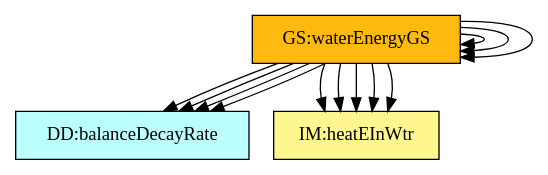
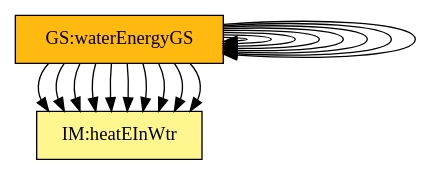
One commit to JacquesCarette/Drasil changed the diagram in code/stable/swhsnopcm/TraceyGraph/allvsr.dot. Above: the diagram before and after it, drawn with Graphviz. The commit also changed 88 other files, not shown here.

Commit message:
Stabilizing to figure out where things are going awry

```diff
--- a/code/stable/swhsnopcm/TraceyGraph/allvsr.dot
+++ b/code/stable/swhsnopcm/TraceyGraph/allvsr.dot
@@ -1,96 +1,79 @@
 digraph allvsr {
-	instance:findMass -> dataDefn:wMass;
-	instance:findMass -> dataDefn:wVol;
-	instance:findMass -> dataDefn:tankVol;
 	instance:findMass -> theory:eBalanceOnWtrRC;
 	instance:findMass -> instance:inputValues;
-	instance:outputInputDerivVals -> dataDefn:tauW;
+	instance:outputInputDerivVals -> instance:findMass;
+	instance:outputInputDerivVals -> instance:inputValues;
+	instance:outputInputDerivVals -> instance:findMass;
+	instance:calcValues -> theory:eBalanceOnWtrRC;
+	instance:calcValues -> theory:heatEInWtrIM;
+	instance:outputValues -> theory:eBalanceOnWtrRC;
+	instance:outputValues -> theory:heatEInWtrIM;
+	instance:findMass -> theory:eBalanceOnWtrRC;
+	instance:findMass -> instance:inputValues;
+	instance:outputInputDerivVals -> instance:findMass;
 	instance:outputInputDerivVals -> instance:inputValues;
 	instance:outputInputDerivVals -> instance:findMass;
 	instance:calcValues -> theory:eBalanceOnWtrRC;
 	instance:calcValues -> theory:heatEInWtrIM;
 	instance:outputValues -> theory:eBalanceOnWtrRC;
 	instance:outputValues -> theory:heatEInWtrIM;
 
 
 	instance:assumpTEO	[shape=box, color=black, style=filled, fillcolor=mistyrose, label="A:assumpTEO"];
 	instance:assumpHTCC	[shape=box, color=black, style=filled, fillcolor=mistyrose, label="A:assumpHTCC"];
 	instance:assumpCWTAT	[shape=box, color=black, style=filled, fillcolor=mistyrose, label="A:assumpCWTAT"];
 	instance:assumpDWCoW	[shape=box, color=black, style=filled, fillcolor=mistyrose, label="A:assumpDWCoW"];
 	instance:assumpSHECoW	[shape=box, color=black, style=filled, fillcolor=mistyrose, label="A:assumpSHECoW"];
 	instance:assumpLCCCW	[shape=box, color=black, style=filled, fillcolor=mistyrose, label="A:assumpLCCCW"];
 	instance:assumpTHCCoT	[shape=box, color=black, style=filled, fillcolor=mistyrose, label="A:assumpTHCCoT"];
 	instance:assumpTHCCoL	[shape=box, color=black, style=filled, fillcolor=mistyrose, label="A:assumpTHCCoL"];
 	instance:assumpCTNTD	[shape=box, color=black, style=filled, fillcolor=mistyrose, label="A:assumpCTNTD"];
 	instance:assumpWAL	[shape=box, color=black, style=filled, fillcolor=mistyrose, label="A:assumpWAL"];
 	instance:assumpPIT	[shape=box, color=black, style=filled, fillcolor=mistyrose, label="A:assumpPIT"];
 	instance:assumpNIHGBW	[shape=box, color=black, style=filled, fillcolor=mistyrose, label="A:assumpNIHGBW"];
 	instance:assumpAPT	[shape=box, color=black, style=filled, fillcolor=mistyrose, label="A:assumpAPT"];
 	instance:assumpVCN	[shape=box, color=black, style=filled, fillcolor=mistyrose, label="A:assumpVCN"];
 
 	subgraph A {
 	rank="same"
 	{instance:assumpTEO, instance:assumpHTCC, instance:assumpCWTAT, instance:assumpDWCoW, instance:assumpSHECoW, instance:assumpLCCCW, instance:assumpTHCCoT, instance:assumpTHCCoL, instance:assumpCTNTD, instance:assumpWAL, instance:assumpPIT, instance:assumpNIHGBW, instance:assumpAPT, instance:assumpVCN}
 	}
 
-	dataDefn:wMass	[shape=box, color=black, style=filled, fillcolor=paleturquoise1, label="DD:waterMass"];
-	dataDefn:wVol	[shape=box, color=black, style=filled, fillcolor=paleturquoise1, label="DD:waterVolume.nopcm"];
-	dataDefn:tankVol	[shape=box, color=black, style=filled, fillcolor=paleturquoise1, label="DD:tankVolume"];
-	dataDefn:tauW	[shape=box, color=black, style=filled, fillcolor=paleturquoise1, label="DD:balanceDecayRate"];
-
-	subgraph DD {
-	rank="same"
-	{dataDefn:wMass, dataDefn:wVol, dataDefn:tankVol, dataDefn:tauW}
-	}
-
 	theory:consThermECS	[shape=box, color=black, style=filled, fillcolor=pink, label="TM:consThermE"];
 	theory:sensHeat	[shape=box, color=black, style=filled, fillcolor=pink, label="TM:sensHtE"];
 	theory:nwtnCoolingTM	[shape=box, color=black, style=filled, fillcolor=pink, label="TM:nwtnCooling"];
-
-	subgraph TM {
-	rank="same"
-	{theory:consThermECS, theory:sensHeat, theory:nwtnCoolingTM}
-	}
-
 	theory:rocTempSimpRC	[shape=box, color=black, style=filled, fillcolor=palegreen, label="GD:rocTempSimp"];
 	theory:htFluxC	[shape=box, color=black, style=filled, fillcolor=palegreen, label="GD:htFluxWaterFromCoil"];
-
-	subgraph GD {
-	rank="same"
-	{theory:rocTempSimpRC, theory:htFluxC}
-	}
-
 	theory:eBalanceOnWtrRC	[shape=box, color=black, style=filled, fillcolor=khaki1, label="IM:eBalanceOnWtr"];
 	theory:heatEInWtrIM	[shape=box, color=black, style=filled, fillcolor=khaki1, label="IM:heatEInWtr"];
-
-	subgraph IM {
-	rank="same"
-	{theory:eBalanceOnWtrRC, theory:heatEInWtrIM}
-	}
-
-	instance:inputValues	[shape=box, color=black, style=filled, fillcolor=ivory, label="FR:inputValues"];
 	instance:findMass	[shape=box, color=black, style=filled, fillcolor=ivory, label="FR:findMass"];
 	instance:checkWithPhysConsts	[shape=box, color=black, style=filled, fillcolor=ivory, label="FR:checkWithPhysConsts"];
 	instance:outputInputDerivVals	[shape=box, color=black, style=filled, fillcolor=ivory, label="FR:outputInputDerivVals"];
 	instance:calcValues	[shape=box, color=black, style=filled, fillcolor=ivory, label="FR:calcValues"];
 	instance:outputValues	[shape=box, color=black, style=filled, fillcolor=ivory, label="FR:outputValues"];
 	instance:correct	[shape=box, color=black, style=filled, fillcolor=ivory, label="NFR:correct"];
 	instance:verifiable	[shape=box, color=black, style=filled, fillcolor=ivory, label="NFR:verifiable"];
 	instance:understandable	[shape=box, color=black, style=filled, fillcolor=ivory, label="NFR:understandable"];
 	instance:reusable	[shape=box, color=black, style=filled, fillcolor=ivory, label="NFR:reusable"];
 	instance:maintainable	[shape=box, color=black, style=filled, fillcolor=ivory, label="NFR:maintainable"];
+	instance:inputValues	[shape=box, color=black, style=filled, fillcolor=ivory, label="FR:inputValues"];
+	instance:findMass	[shape=box, color=black, style=filled, fillcolor=ivory, label="FR:findMass"];
+	instance:checkWithPhysConsts	[shape=box, color=black, style=filled, fillcolor=ivory, label="FR:checkWithPhysConsts"];
+	instance:outputInputDerivVals	[shape=box, color=black, style=filled, fillcolor=ivory, label="FR:outputInputDerivVals"];
+	instance:calcValues	[shape=box, color=black, style=filled, fillcolor=ivory, label="FR:calcValues"];
+	instance:outputValues	[shape=box, color=black, style=filled, fillcolor=ivory, label="FR:outputValues"];
 
 	subgraph FR {
 	rank="same"
-	{instance:inputValues, instance:findMass, instance:checkWithPhysConsts, instance:outputInputDerivVals, instance:calcValues, instance:outputValues, instance:correct, instance:verifiable, instance:understandable, instance:reusable, instance:maintainable}
+	{instance:findMass, instance:checkWithPhysConsts, instance:outputInputDerivVals, instance:calcValues, instance:outputValues, instance:correct, instance:verifiable, instance:understandable, instance:reusable, instance:maintainable, instance:inputValues, instance:findMass, instance:checkWithPhysConsts, instance:outputInputDerivVals, instance:calcValues, instance:outputValues}
 	}
 
 	instance:waterTempGS	[shape=box, color=black, style=filled, fillcolor=darkgoldenrod1, label="GS:waterTempGS"];
 	instance:waterEnergyGS	[shape=box, color=black, style=filled, fillcolor=darkgoldenrod1, label="GS:waterEnergyGS"];
 
 	subgraph GS {
 	rank="same"
 	{instance:waterTempGS, instance:waterEnergyGS}
 	}
 
 }
```
